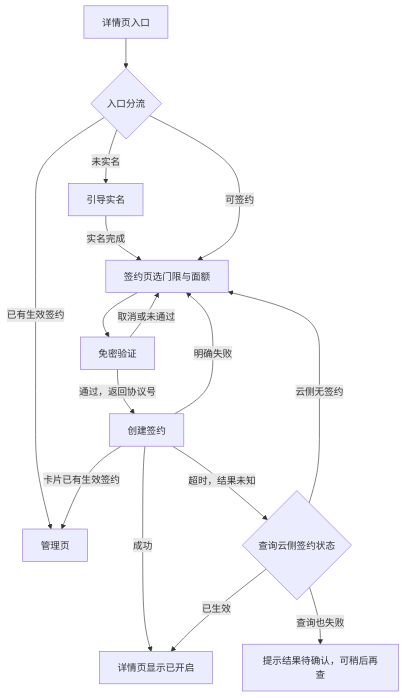
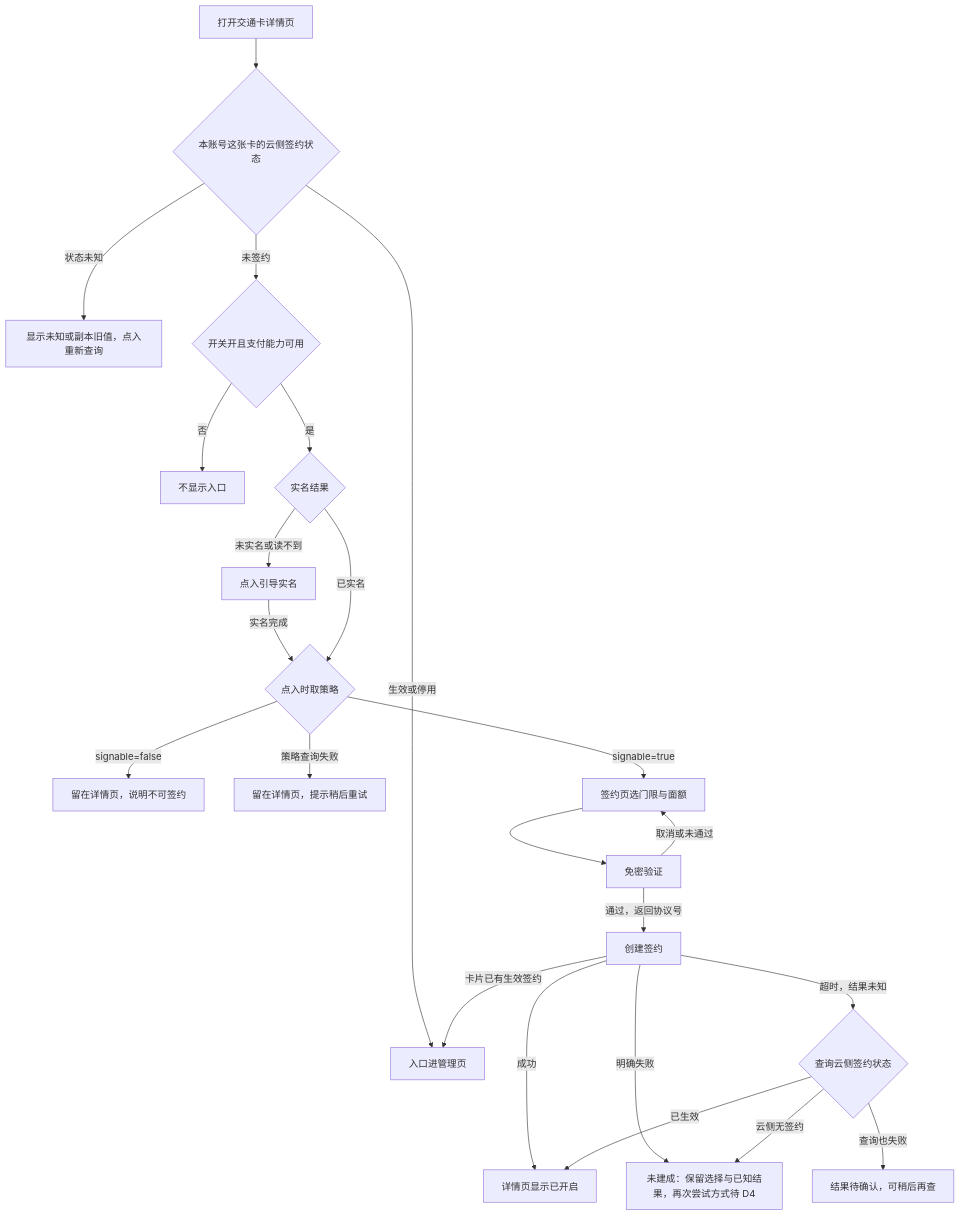
The first of 3 diagrams in doc/plan/1.9.9/金样候选/auto-topup/spec/spec.md (sqsqsq/SimulatedWalletForHmos), drawn with Mermaid before and after one commit. The commit also changed other lines of this file and 20 other files, not shown here.

````diff
--- a/doc/plan/1.9.9/金样候选/auto-topup/spec/spec.md
+++ b/doc/plan/1.9.9/金样候选/auto-topup/spec/spec.md
@@ -205,18 +222,25 @@
 ```mermaid
 flowchart TD
-  A[详情页入口] --> X{入口分流}
-  X -->|已有生效签约| MG[管理页]
-  X -->|未实名| RN[引导实名]
-  RN -->|实名完成| B
-  X -->|可签约| B[签约页选门限与面额]
+  A[打开交通卡详情页] --> S{本账号这张卡的云侧签约状态}
+  S -->|生效或停用| MG[入口进管理页]
+  S -->|状态未知| UN[显示未知或副本旧值，点入重新查询]
+  S -->|未签约| G{开关开且支付能力可用}
+  G -->|否| H[不显示入口]
+  G -->|是| R{实名结果}
+  R -->|未实名或读不到| RN[点入引导实名]
+  RN -->|实名完成| P
+  R -->|已实名| P{点入时取策略}
+  P -->|signable=false| NS[留在详情页，说明不可签约]
+  P -->|策略查询失败| PF[留在详情页，提示稍后重试]
+  P -->|signable=true| B[签约页选门限与面额]
   B --> C[免密验证]
   C -->|取消或未通过| B
   C -->|通过，返回协议号| D[创建签约]
   D -->|成功| E[详情页显示已开启]
-  D -->|明确失败| B
   D -->|卡片已有生效签约| MG
+  D -->|明确失败| F[未建成：保留选择与已知结果，再次尝试方式待 D4]
   D -->|超时，结果未知| Q{查询云侧签约状态}
   Q -->|已生效| E
-  Q -->|云侧无签约| B
-  Q -->|查询也失败| U[提示结果待确认，可稍后再查]
+  Q -->|云侧无签约| F
+  Q -->|查询也失败| U[结果待确认，可稍后再查]
 ```
````
